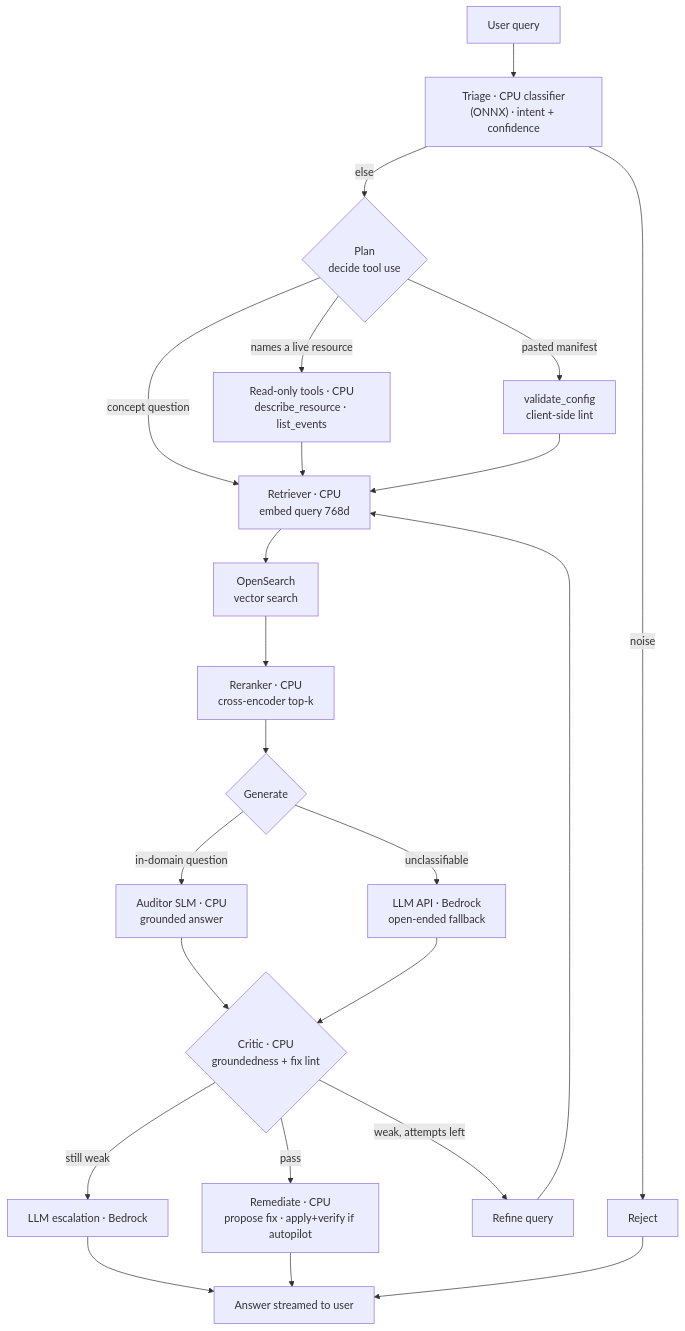
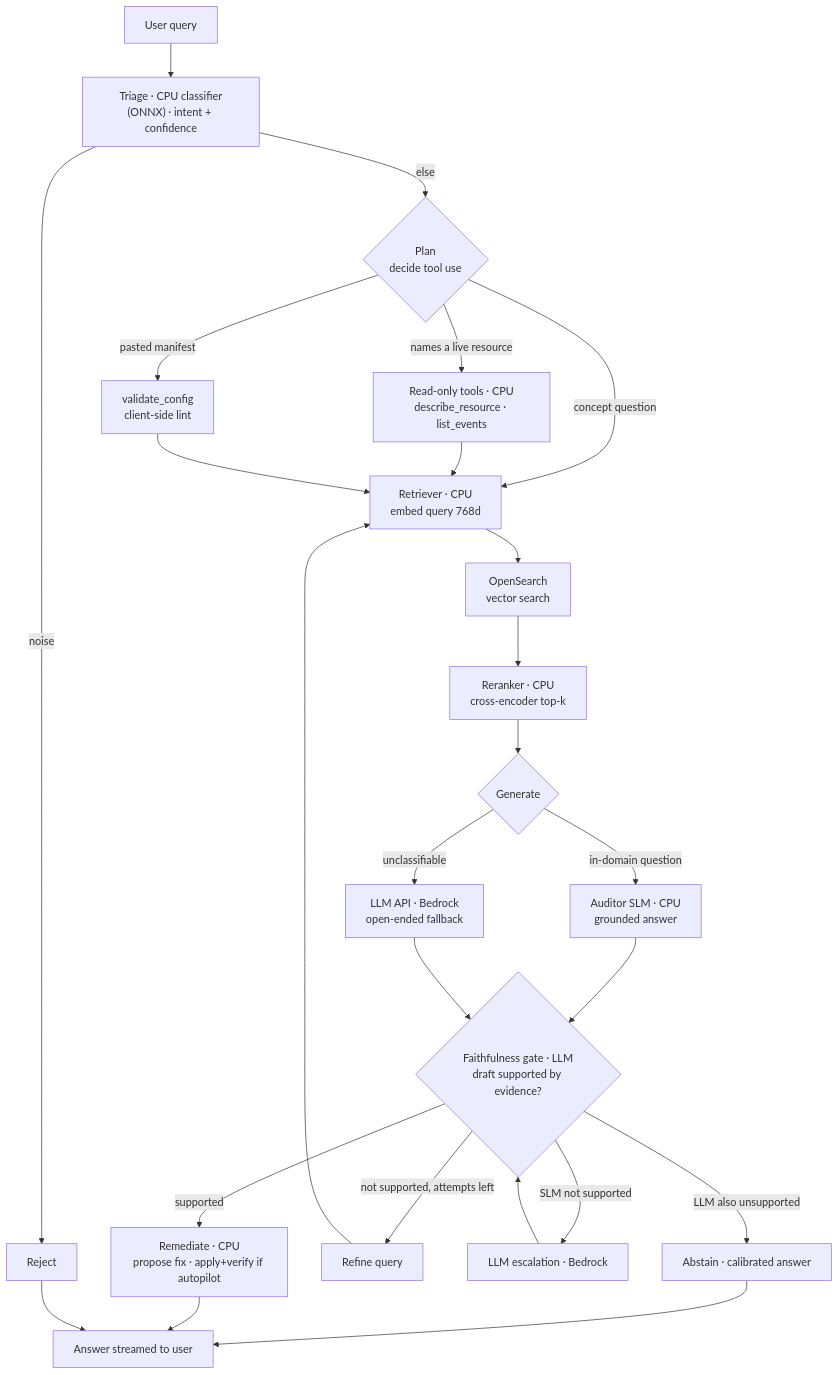
Before and after one commit to aws-samples/sample-slemify: the first of 3 diagrams in examples/k8s-autoscaling/demo/README.md, drawn with Mermaid. The commit also changed other lines of this file and 9 other files, not shown here.

First line of the commit message:
docs: update for stock generation (convert+quantize) and LLM gate

````diff
--- a/examples/k8s-autoscaling/demo/README.md
+++ b/examples/k8s-autoscaling/demo/README.md
@@ -20,23 +22,24 @@
 ```mermaid
 flowchart TD
     U[User query] --> T["Triage · CPU classifier<br/>(ONNX) · intent + confidence"]
     T -->|noise| RJ[Reject]
     T -->|else| P{"Plan<br/>decide tool use"}
     P -->|names a live resource| TL["Read-only tools · CPU<br/>describe_resource · list_events"]
     P -->|pasted manifest| VC["validate_config<br/>client-side lint"]
     P -->|concept question| EM
     TL --> EM
     VC --> EM
     EM["Retriever · CPU<br/>embed query 768d"] --> OS["OpenSearch<br/>vector search"]
     OS --> RR["Reranker · CPU<br/>cross-encoder top-k"]
     RR --> GEN{Generate}
     GEN -->|in-domain question| AUD["Auditor SLM · CPU<br/>grounded answer"]
     GEN -->|unclassifiable| LLM["LLM API · Bedrock<br/>open-ended fallback"]
-    AUD --> CR{"Critic · CPU<br/>groundedness + fix lint"}
+    AUD --> CR{"Faithfulness gate · LLM<br/>draft supported by evidence?"}
     LLM --> CR
-    CR -->|pass| RM["Remediate · CPU<br/>propose fix · apply+verify if autopilot"]
-    CR -->|weak, attempts left| RF["Refine query"] --> EM
-    CR -->|still weak| ESC["LLM escalation · Bedrock"] --> OUT
+    CR -->|supported| RM["Remediate · CPU<br/>propose fix · apply+verify if autopilot"]
+    CR -->|not supported, attempts left| RF["Refine query"] --> EM
+    CR -->|SLM not supported| ESC["LLM escalation · Bedrock"] --> CR
+    CR -->|LLM also unsupported| AB["Abstain · calibrated answer"] --> OUT
     RM --> OUT[Answer streamed to user]
     RJ --> OUT
 ```
````
